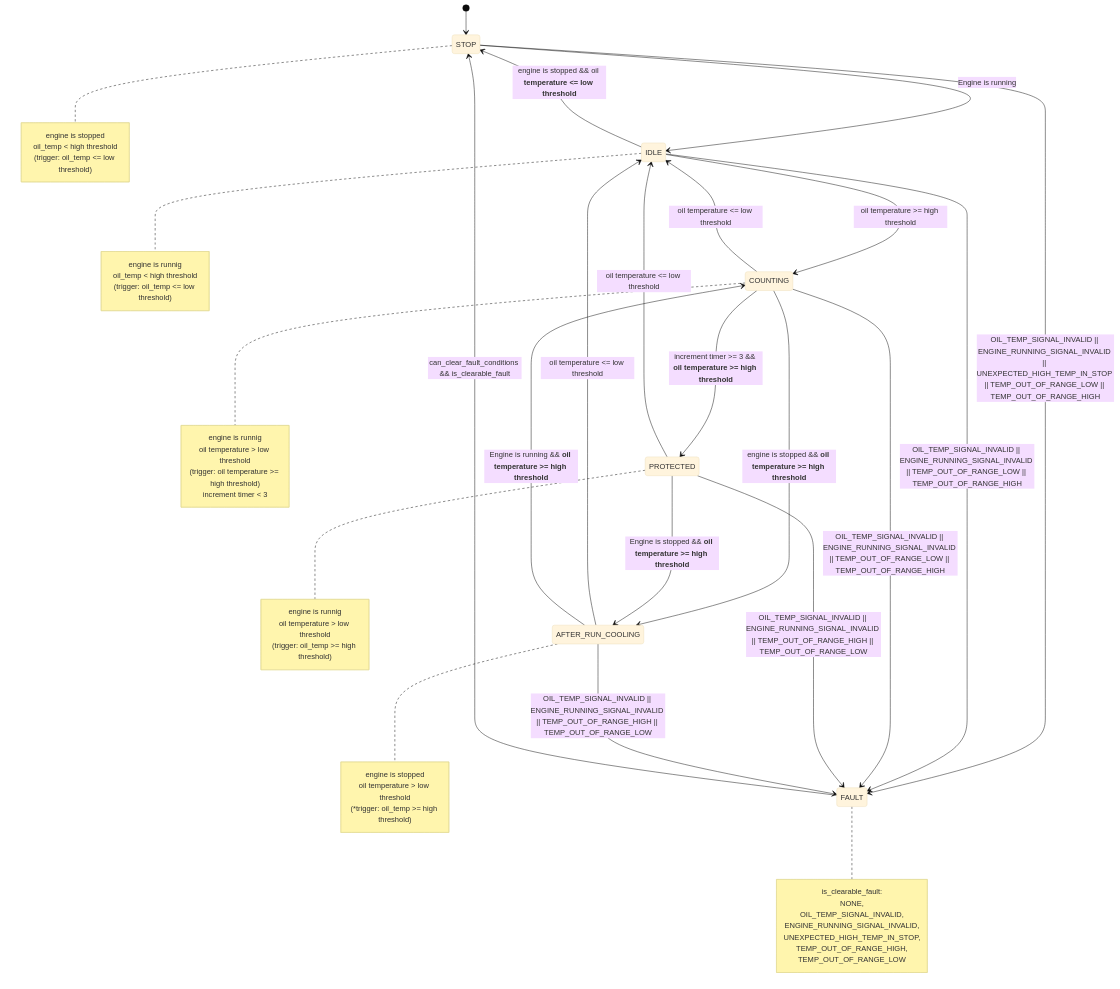
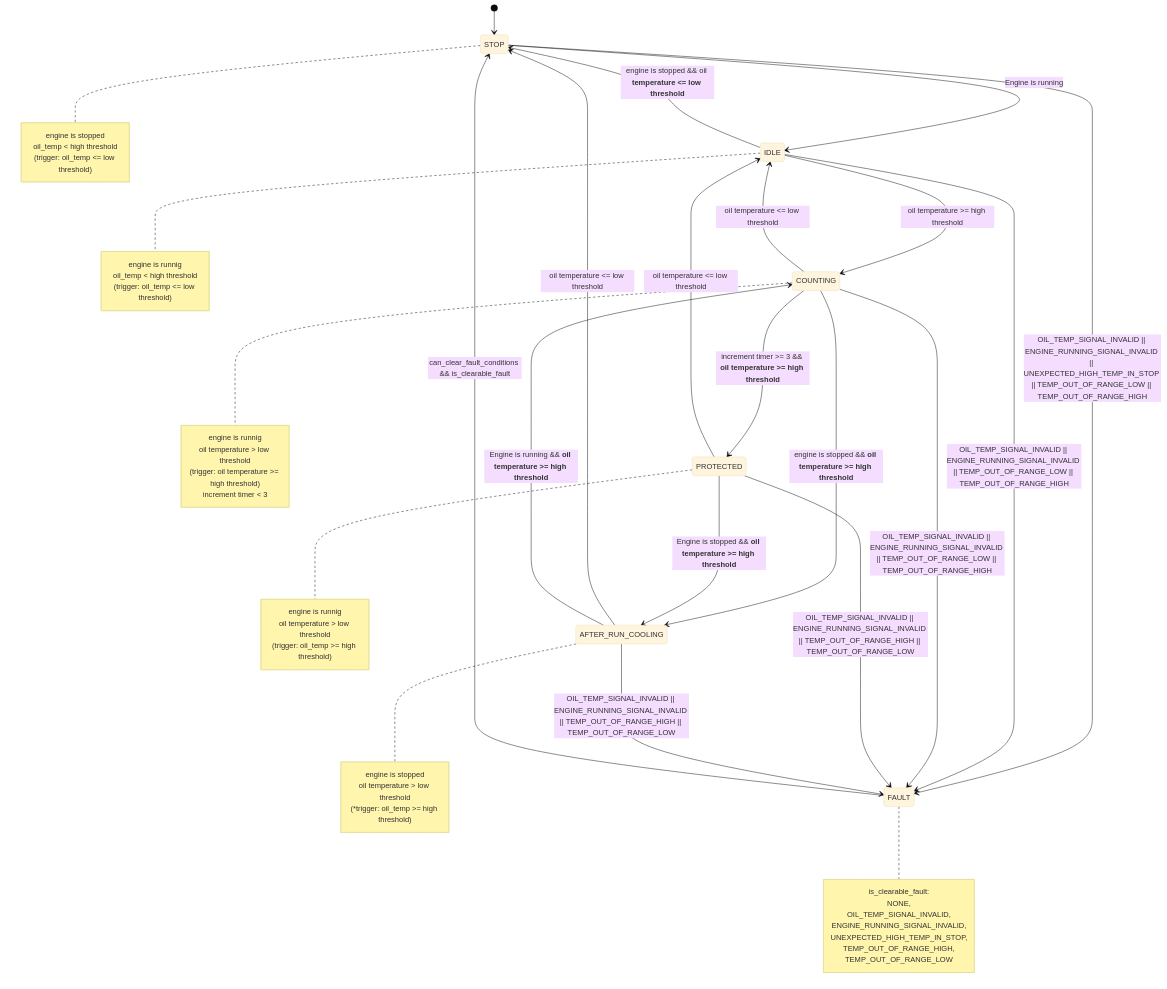
One commit to CY-M02605/Embedded-Control-Architecture changed the diagram in README.md. Above: the diagram before and after it, drawn with Mermaid (base theme).

````diff
--- a/README.md
+++ b/README.md
@@ -248,62 +248,62 @@
 ```mermaid
 stateDiagram-v2
     [*] --> STOP
 
     note right of STOP
         engine is stopped
         oil_temp < high threshold
         (trigger: oil_temp <= low threshold)
     end note
     STOP --> IDLE: Engine is running
     STOP --> FAULT: OIL_TEMP_SIGNAL_INVALID || ENGINE_RUNNING_SIGNAL_INVALID || UNEXPECTED_HIGH_TEMP_IN_STOP || TEMP_OUT_OF_RANGE_LOW || TEMP_OUT_OF_RANGE_HIGH
 
     note right of IDLE
         engine is runnig
         oil_temp < high threshold
         (trigger: oil_temp <= low threshold)
     end note
     IDLE --> COUNTING: oil temperature >= high threshold
     IDLE --> STOP: engine is stopped && oil **temperature <= low threshold**
     IDLE --> FAULT: OIL_TEMP_SIGNAL_INVALID || ENGINE_RUNNING_SIGNAL_INVALID || TEMP_OUT_OF_RANGE_LOW || TEMP_OUT_OF_RANGE_HIGH
 
     note right of COUNTING
         engine is runnig
         oil temperature > low threshold
         (trigger: oil temperature >= high threshold)
         increment timer < 3
     end note
     COUNTING --> PROTECTED: increment timer >= 3 && **oil temperature >= high threshold**
     COUNTING --> IDLE: oil temperature <= low threshold
     COUNTING --> AFTER_RUN_COOLING: engine is stopped && **oil temperature >= high threshold**
     COUNTING --> FAULT: OIL_TEMP_SIGNAL_INVALID || ENGINE_RUNNING_SIGNAL_INVALID || TEMP_OUT_OF_RANGE_LOW || TEMP_OUT_OF_RANGE_HIGH
 
     note right of PROTECTED
         engine is runnig
         oil temperature > low threshold
         (trigger: oil_temp >= high threshold)
     end note
     PROTECTED --> IDLE: oil temperature <= low threshold
     PROTECTED --> AFTER_RUN_COOLING: Engine is stopped && **oil temperature >= high threshold**
     PROTECTED --> FAULT: OIL_TEMP_SIGNAL_INVALID || ENGINE_RUNNING_SIGNAL_INVALID || TEMP_OUT_OF_RANGE_HIGH || TEMP_OUT_OF_RANGE_LOW
 
     note right of AFTER_RUN_COOLING
         engine is stopped
         oil temperature > low threshold
         (*trigger: oil_temp >= high threshold)
     end note
-    AFTER_RUN_COOLING --> IDLE: oil temperature <= low threshold
+    AFTER_RUN_COOLING --> STOP: oil temperature <= low threshold
     AFTER_RUN_COOLING --> COUNTING: Engine is running && **oil temperature >= high threshold**
     AFTER_RUN_COOLING --> FAULT: OIL_TEMP_SIGNAL_INVALID || ENGINE_RUNNING_SIGNAL_INVALID || TEMP_OUT_OF_RANGE_HIGH || TEMP_OUT_OF_RANGE_LOW
 
     note right of FAULT
         is_clearable_fault:
             NONE,
             OIL_TEMP_SIGNAL_INVALID,
             ENGINE_RUNNING_SIGNAL_INVALID,
             UNEXPECTED_HIGH_TEMP_IN_STOP,
             TEMP_OUT_OF_RANGE_HIGH,
             TEMP_OUT_OF_RANGE_LOW
             
     end note
     FAULT --> STOP: can_clear_fault_conditions && is_clearable_fault
 ```
````
